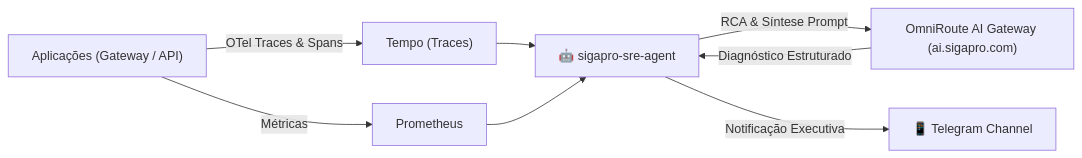
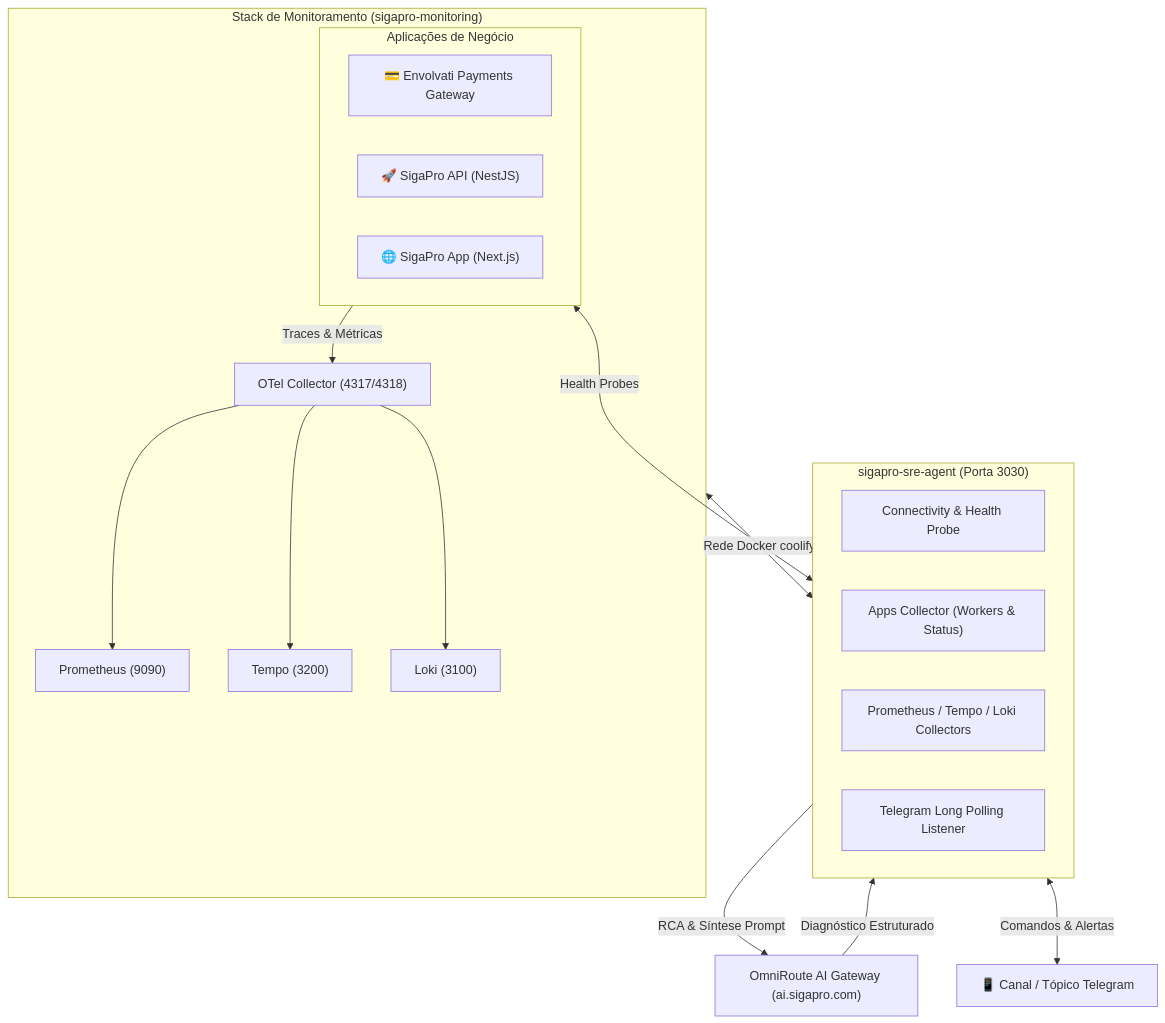
Before and after one commit to envolvati/sigapro-sre-agent: the diagram in README.md, drawn with Mermaid. The commit also changed other lines of this file, not shown here.

Commit message:
docs(readme): add telegram bot slash commands documentation and sigapro-monitoring data source reference

````diff
--- a/README.md
+++ b/README.md
@@ -23,9 +24,34 @@
 ```mermaid
-flowchart LR
-    A["Aplicações (Gateway / API)"] -->|OTel Traces & Spans| B["Tempo (Traces)"]
-    A -->|Métricas| C["Prometheus"]
-    B & C --> D["🤖 sigapro-sre-agent"]
-    D -->|RCA & Síntese Prompt| E["OmniRoute AI Gateway (ai.sigapro.com)"]
-    E -->|Diagnóstico Estruturado| D
-    D -->|Notificação Executiva| F["📱 Telegram Channel"]
+flowchart TD
+    subgraph MonitoredApps["Aplicações de Negócio"]
+        Gateway["💳 Envolvati Payments Gateway"]
+        Api["🚀 SigaPro API (NestJS)"]
+        App["🌐 SigaPro App (Next.js)"]
+    end
+
+    subgraph ObservabilityStack["Stack de Monitoramento (sigapro-monitoring)"]
+        Collector["OTel Collector (4317/4318)"]
+        Prometheus["Prometheus (9090)"]
+        Tempo["Tempo (3200)"]
+        Loki["Loki (3100)"]
+        
+        MonitoredApps -->|Traces & Métricas| Collector
+        Collector --> Prometheus
+        Collector --> Tempo
+        Collector --> Loki
+    end
+
+    subgraph SREAgent["sigapro-sre-agent (Porta 3030)"]
+        Probe["Connectivity & Health Probe"]
+        AppsCollector["Apps Collector (Workers & Status)"]
+        TelemetryCollector["Prometheus / Tempo / Loki Collectors"]
+        BotListener["Telegram Long Polling Listener"]
+    end
+
+    ObservabilityStack <-->|Rede Docker coolify| SREAgent
+    MonitoredApps <-->|Health Probes| SREAgent
+
+    SREAgent -->|RCA & Síntese Prompt| AIGateway["OmniRoute AI Gateway (ai.sigapro.com)"]
+    AIGateway -->|Diagnóstico Estruturado| SREAgent
+    SREAgent <-->|Comandos & Alertas| Telegram["📱 Canal / Tópico Telegram"]
 ```
````
